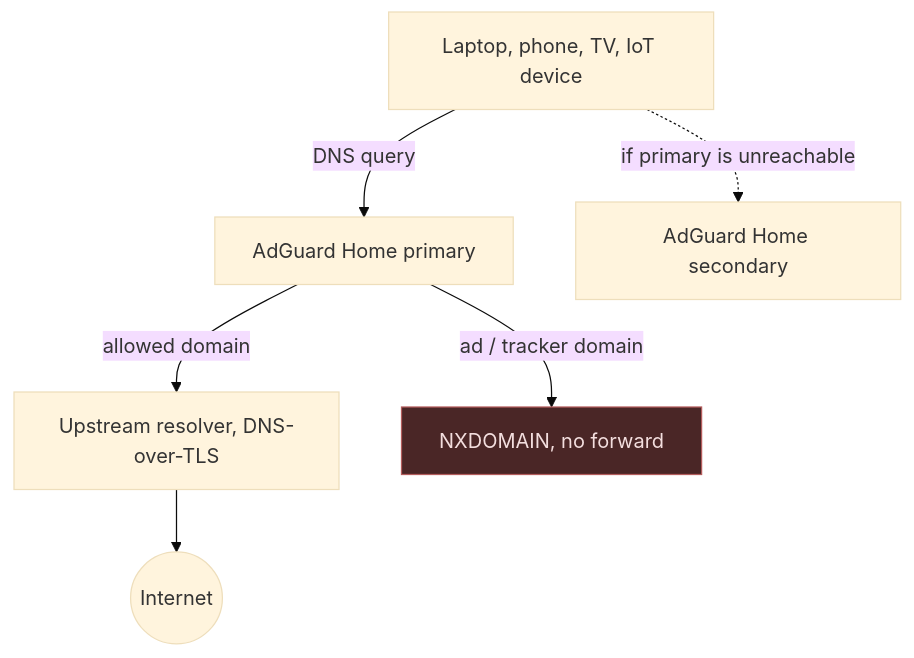
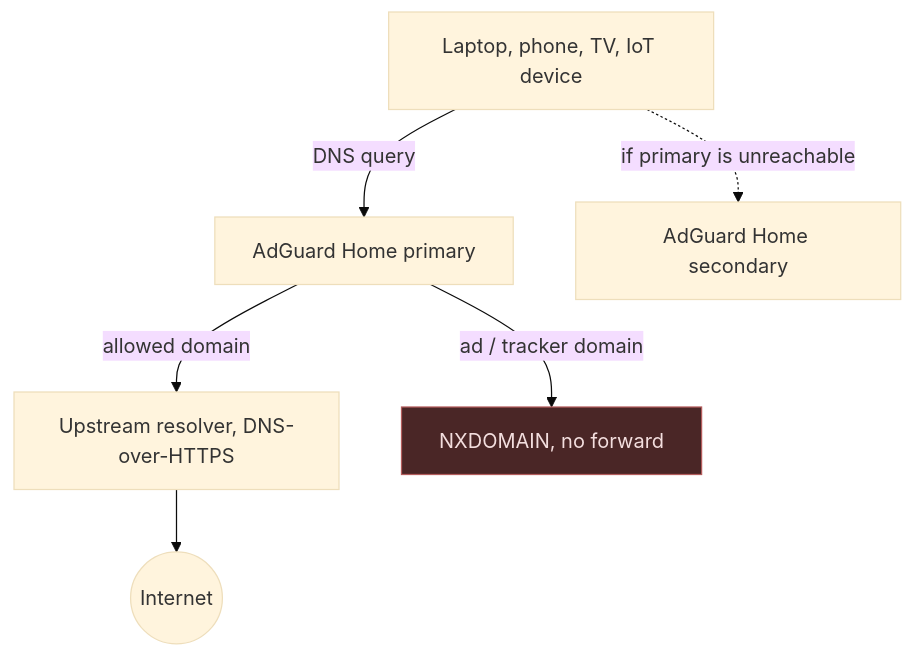
Before and after one commit to hiepnh610/profile: the diagram in content/posts/2026-08-22-adguard-home-docker.md, drawn with Mermaid (base theme). The commit also changed other lines of this file and 5 other files, not shown here.

First line of the commit message:
content: add AdGuard Home screenshots, correct upstream to DNS-over-HTTPS

```diff
--- a/content/posts/2026-08-22-adguard-home-docker.md
+++ b/content/posts/2026-08-22-adguard-home-docker.md
@@ -26,12 +26,12 @@
 {{< mermaid >}}
 flowchart TD
     DEV[Laptop, phone, TV, IoT device] -->|DNS query| ADG1[AdGuard Home primary]
     DEV -.->|if primary is unreachable| ADG2[AdGuard Home secondary]
 
-    ADG1 -->|allowed domain| UP[Upstream resolver, DNS-over-TLS]
+    ADG1 -->|allowed domain| UP[Upstream resolver, DNS-over-HTTPS]
     ADG1 -->|ad / tracker domain| DROP[NXDOMAIN, no forward]
     UP --> WAN((Internet))
 
     classDef blocked fill:#4a2626,stroke:#b35c5c,color:#f3dede
     class DROP blocked
 {{< /mermaid >}}
```
